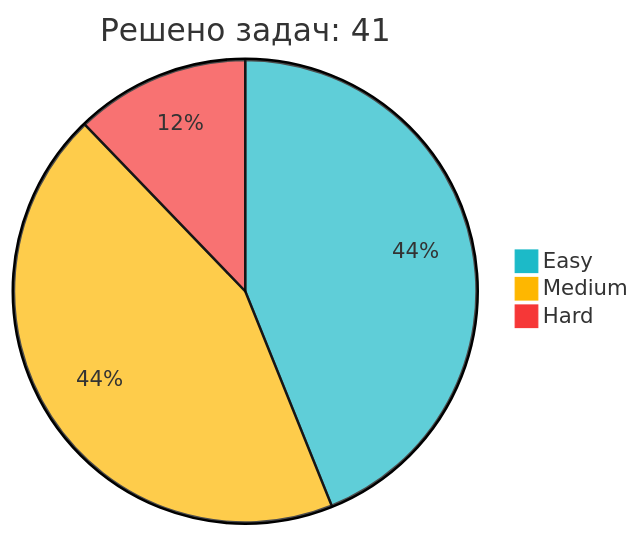
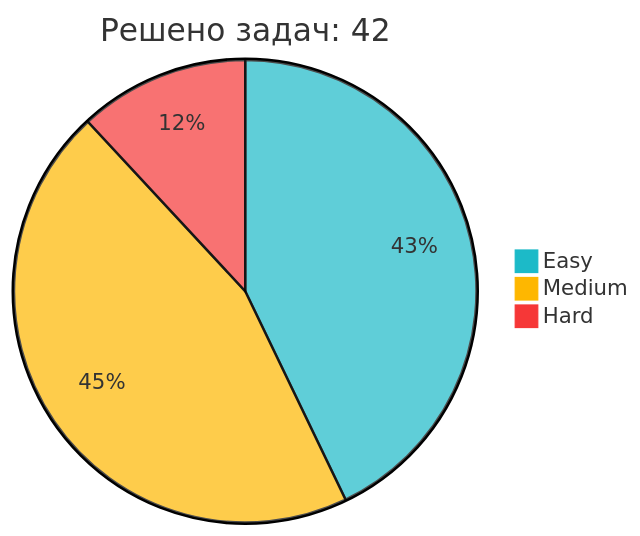
The diagram in README.md (IliaKurdukov/IliaKurdukov), drawn with Mermaid before and after one commit. The commit also changed other lines of this file, not shown here.

Commit message:
📈 Обновление статистики LeetCode

````diff
--- a/README.md
+++ b/README.md
@@ -51,7 +51,7 @@
 ```mermaid
 %%{init: {'theme': 'base', 'themeVariables': { 'pie1': '#1CBAC8', 'pie2': '#FEB700', 'pie3': '#F63737' }, 'config': {'width': 300, 'height': 200}}}%%
-pie title Решено задач: 41
+pie title Решено задач: 42
    "Easy" : 18
-   "Medium" : 18
+   "Medium" : 19
    "Hard" : 5
 ```
````
